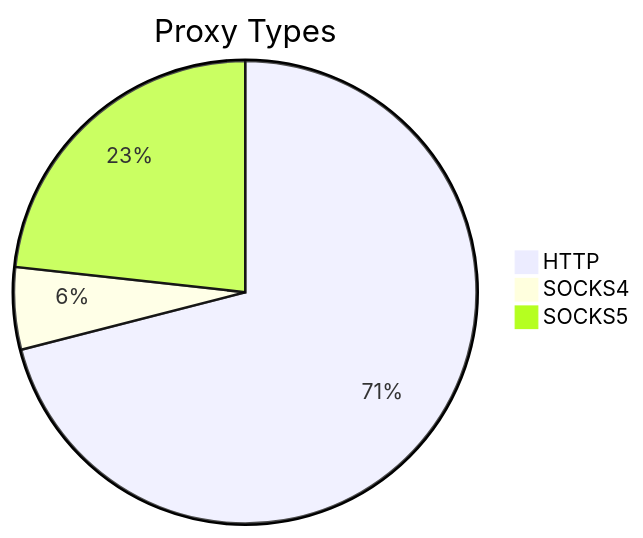
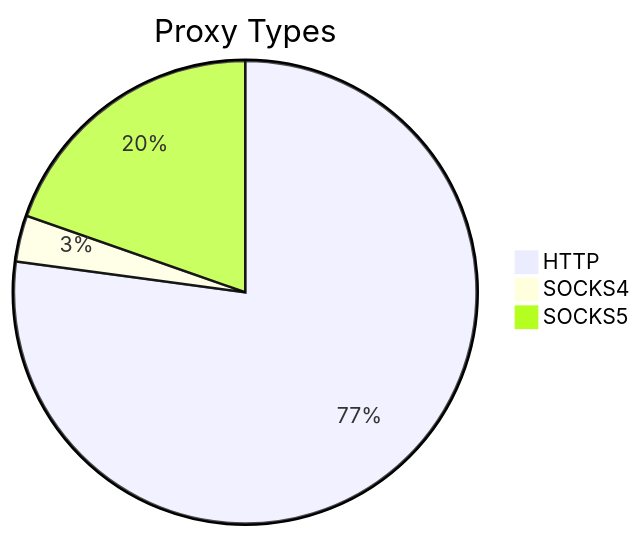
Before and after one commit to stormsia/proxy-list: the first of 2 diagrams in README.md, drawn with Mermaid. The commit also changed other lines of this file, not shown here.

````diff
--- a/README.md
+++ b/README.md
@@ -21,6 +21,6 @@
 ```mermaid
 pie title Proxy Types
-    "HTTP" : 284
-    "SOCKS4" : 23
-    "SOCKS5" : 93
+    "HTTP" : 263
+    "SOCKS4" : 11
+    "SOCKS5" : 67
 ```
````
